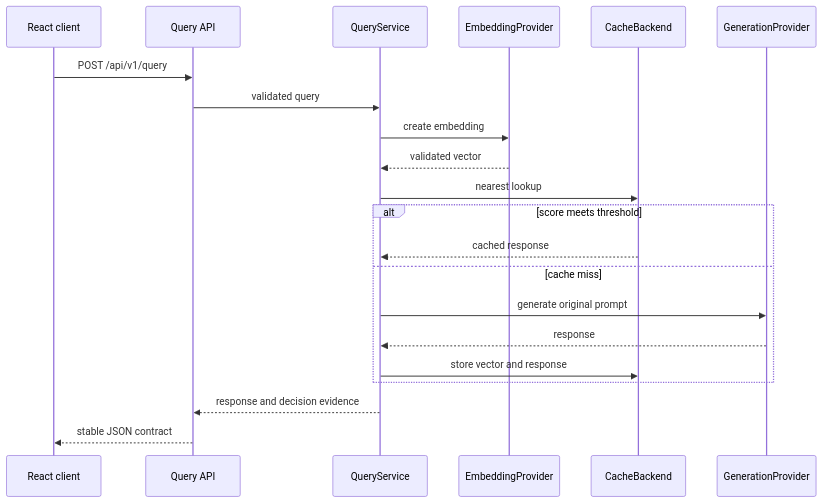
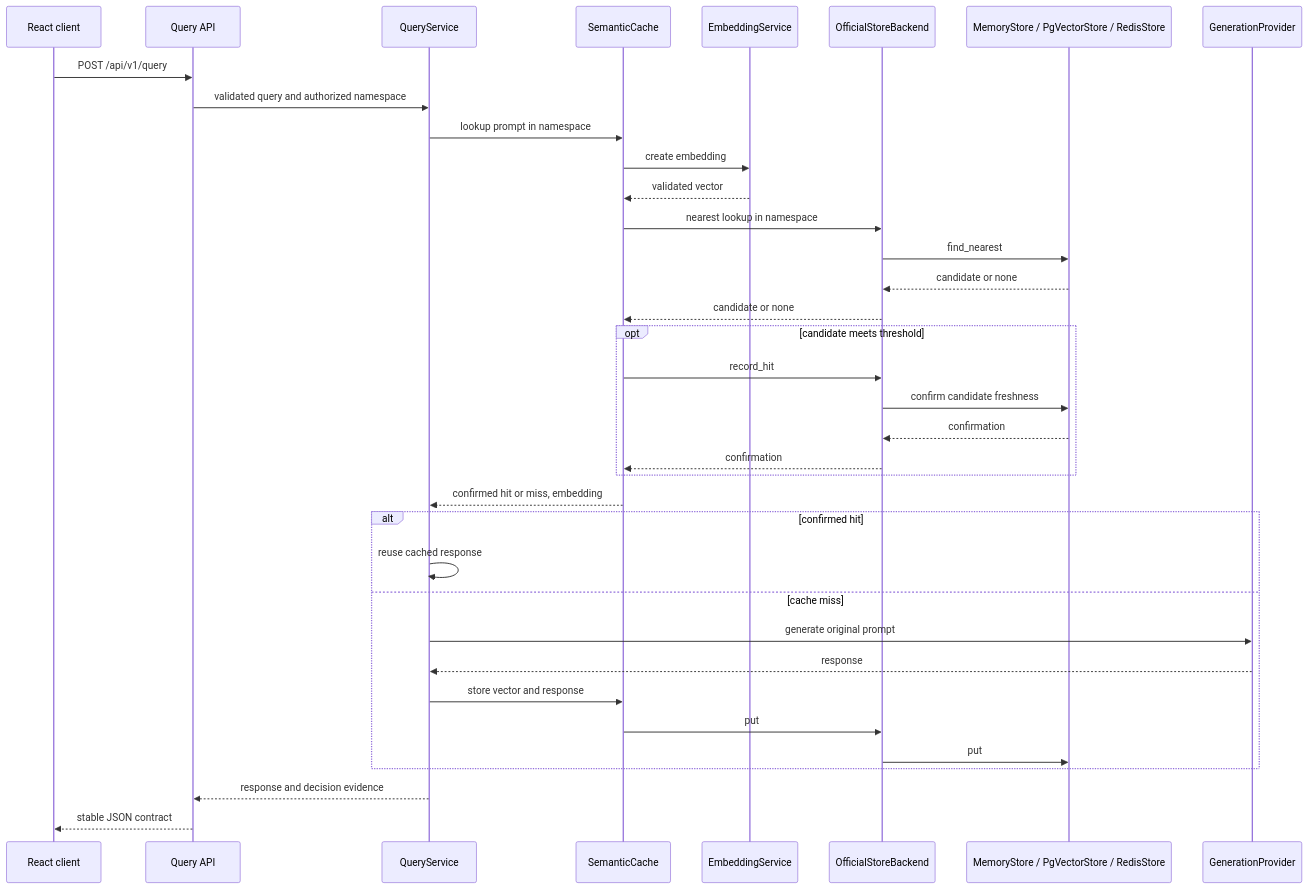
One commit to Yoruxyv/semantix changed the diagram in docs/reference/architecture.md. Above: the diagram before and after it, drawn with Mermaid. The commit also changed other lines of this file and 94 other files, not shown here.

````diff
--- a/docs/reference/architecture.md
+++ b/docs/reference/architecture.md
@@ -10,24 +16,39 @@
 ```mermaid
 sequenceDiagram
     participant UI as React client
     participant API as Query API
     participant Query as QueryService
-    participant Embed as EmbeddingProvider
-    participant Cache as CacheBackend
+    participant Cache as SemanticCache
+    participant Embed as EmbeddingService
+    participant Backend as OfficialStoreBackend
+    participant Store as MemoryStore / PgVectorStore / RedisStore
     participant Generate as GenerationProvider
 
     UI->>API: POST /api/v1/query
-    API->>Query: validated query
-    Query->>Embed: create embedding
-    Embed-->>Query: validated vector
-    Query->>Cache: nearest lookup
-    alt score meets threshold
-        Cache-->>Query: cached response
+    API->>Query: validated query and authorized namespace
+    Query->>Cache: lookup prompt in namespace
+    Cache->>Embed: create embedding
+    Embed-->>Cache: validated vector
+    Cache->>Backend: nearest lookup in namespace
+    Backend->>Store: find_nearest
+    Store-->>Backend: candidate or none
+    Backend-->>Cache: candidate or none
+    opt candidate meets threshold
+        Cache->>Backend: record_hit
+        Backend->>Store: confirm candidate freshness
+        Store-->>Backend: confirmation
+        Backend-->>Cache: confirmation
+    end
+    Cache-->>Query: confirmed hit or miss, embedding
+    alt confirmed hit
+        Query->>Query: reuse cached response
     else cache miss
         Query->>Generate: generate original prompt
         Generate-->>Query: response
         Query->>Cache: store vector and response
+        Cache->>Backend: put
+        Backend->>Store: put
     end
     Query-->>API: response and decision evidence
     API-->>UI: stable JSON contract
 ```
````
